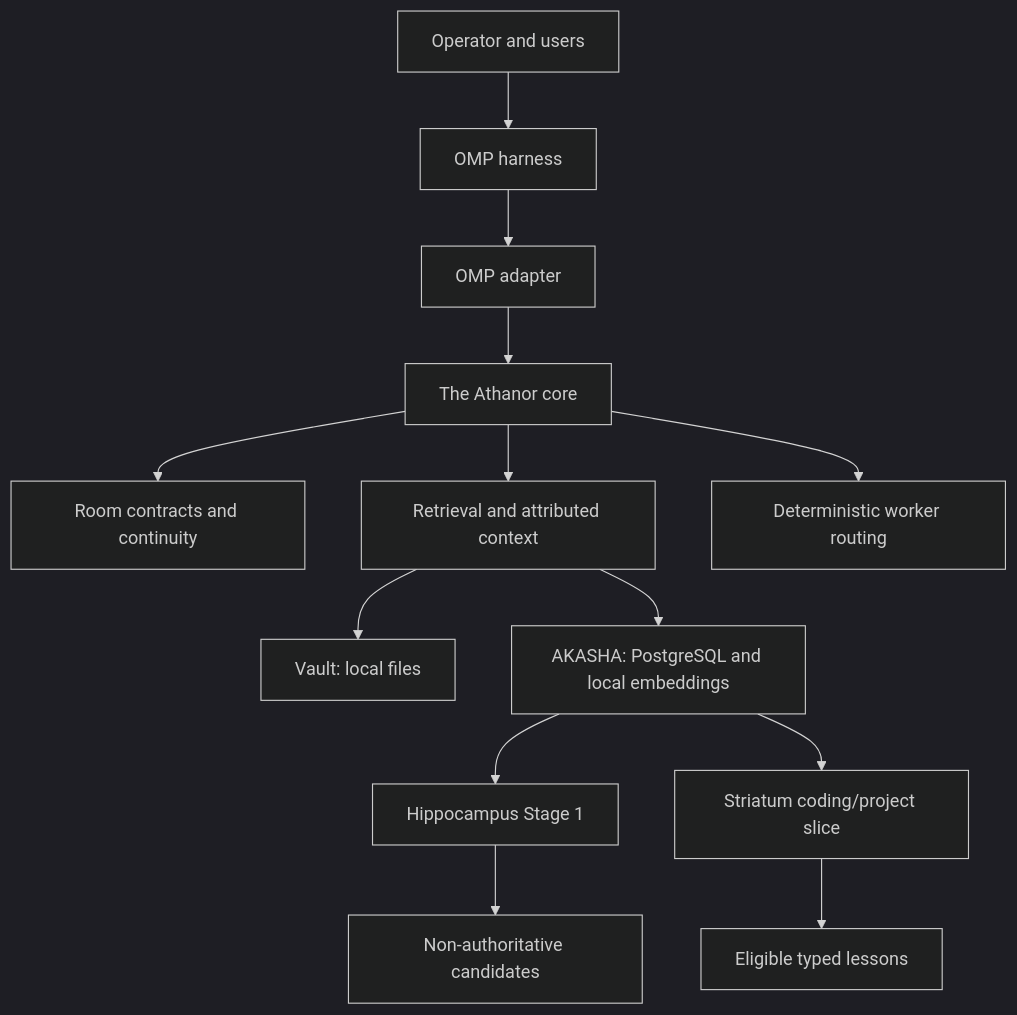
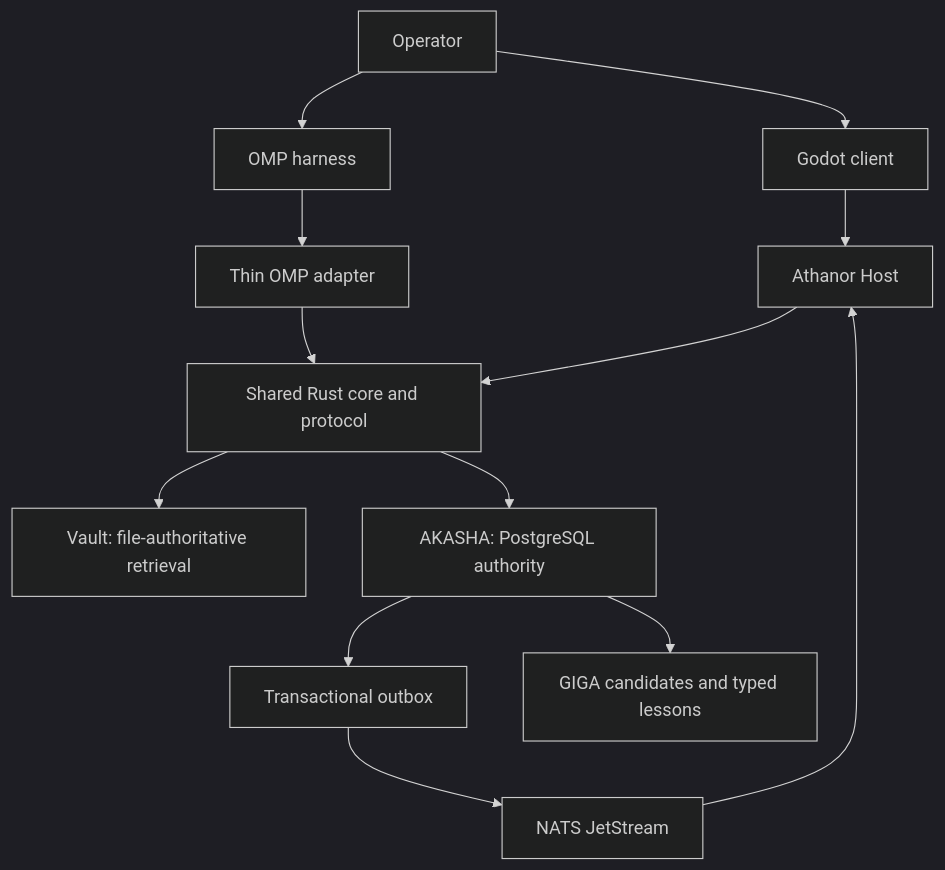
The third of 4 diagrams in README.md (solarisael/the-athanor), drawn with Mermaid (dark theme) before and after one commit. The commit also changed other lines of this file and 209 other files, not shown here.

````diff
--- a/README.md
+++ b/README.md
@@ -115,15 +115,15 @@
 ```mermaid
 flowchart TB
-    U[Operator and users] --> OMP[OMP harness]
-    OMP --> AD[OMP adapter]
-    AD --> CORE[The Athanor core]
-    CORE --> ROOM[Room contracts and continuity]
-    CORE --> RET[Retrieval and attributed context]
-    CORE --> ROUTE[Deterministic worker routing]
-    RET --> VAULT[Vault: local files]
-    RET --> AKASHA[AKASHA: PostgreSQL and local embeddings]
-    AKASHA --> HIP[Hippocampus Stage 1]
-    AKASHA --> STR[Striatum coding/project slice]
-    HIP --> CAND[Non-authoritative candidates]
-    STR --> LESSONS[Eligible typed lessons]
+    U[Operator] --> GUI[Godot client]
+    U --> OMP[OMP harness]
+    GUI --> HOST[Athanor Host]
+    OMP --> AD[Thin OMP adapter]
+    AD --> RUST[Shared Rust core and protocol]
+    HOST --> RUST
+    RUST --> VAULT[Vault: file-authoritative retrieval]
+    RUST --> AKASHA[AKASHA: PostgreSQL authority]
+    AKASHA --> OUTBOX[Transactional outbox]
+    OUTBOX --> NATS[NATS JetStream]
+    NATS --> HOST
+    AKASHA --> GIGA[GIGA candidates and typed lessons]
 ```
````
